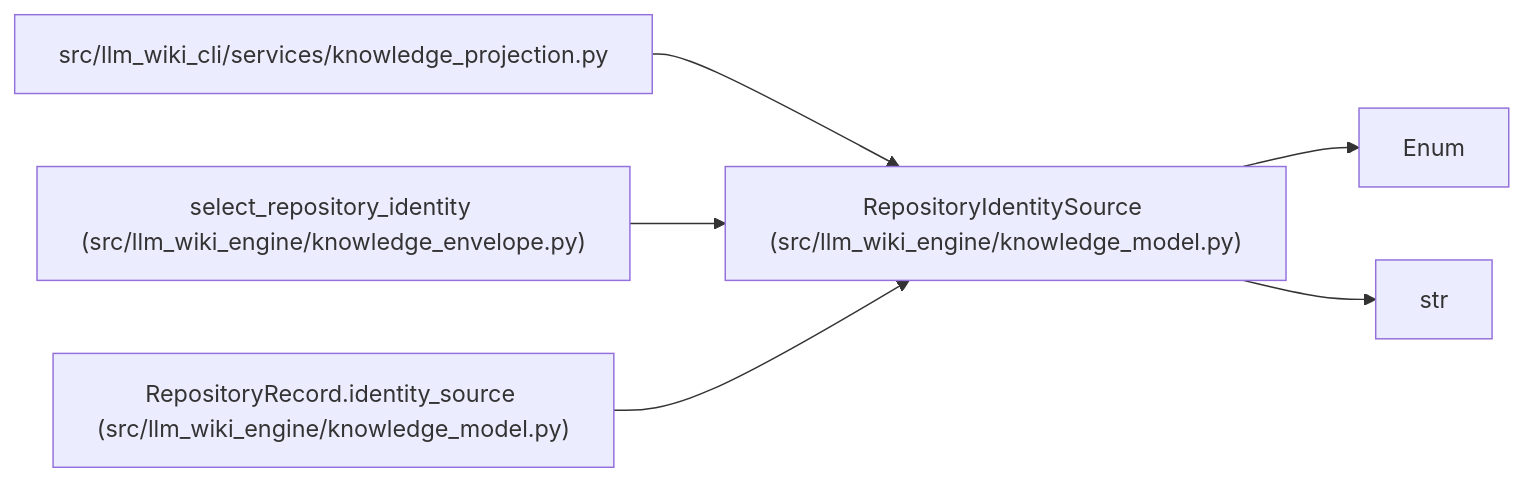
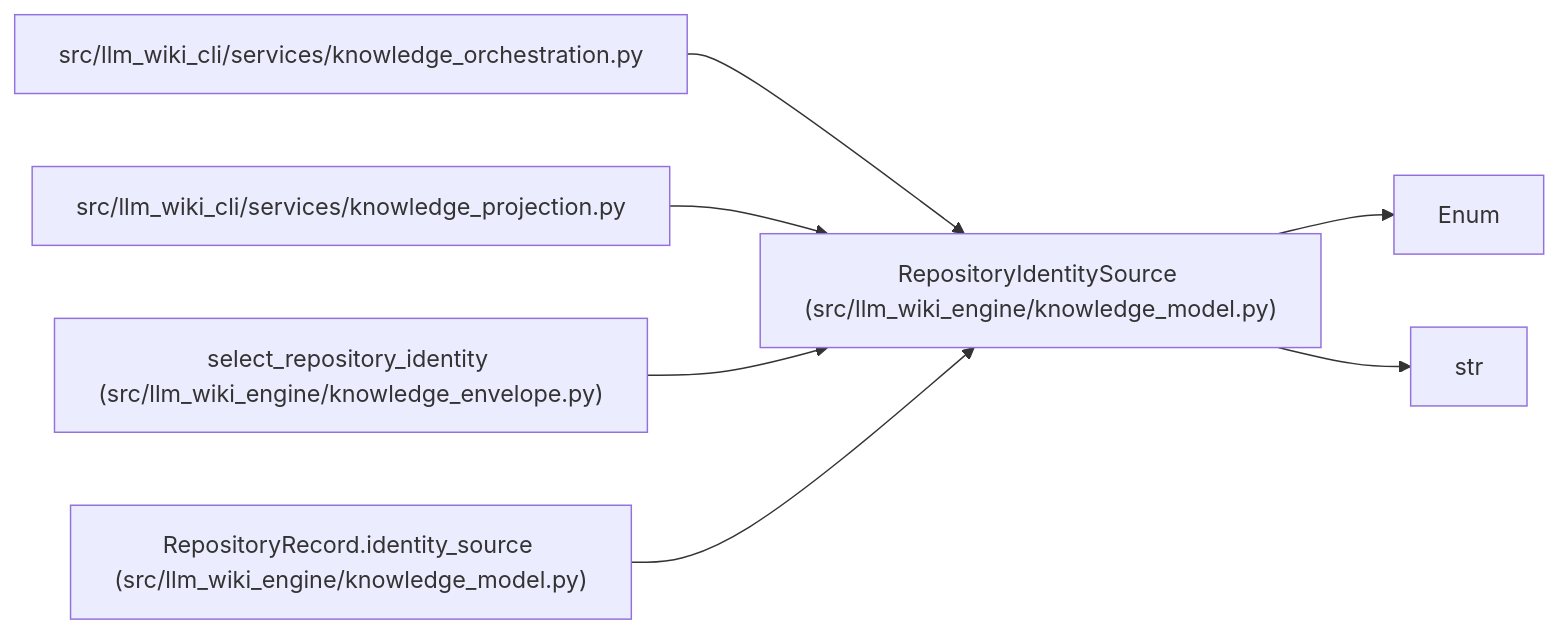
Before and after one commit to Denissvgn/python-wiki-llm: the diagram in docs/llm_wiki/entities/RepositoryIdentitySource.md, drawn with Mermaid. The commit also changed other lines of this file and 500 other files, not shown here.

Commit message:
docs: refresh the repository wiki for the checkout independent state fix

````diff
--- a/docs/llm_wiki/entities/RepositoryIdentitySource.md
+++ b/docs/llm_wiki/entities/RepositoryIdentitySource.md
@@ -27,18 +27,21 @@
 ```mermaid
 flowchart LR
     n0["RepositoryIdentitySource (src/llm_wiki_engine/knowledge_model.py)"]
     n1["Enum"]
     n2["str"]
-    n3["src/llm_wiki_cli/services/knowledge_projection.py"]
-    n4["select_repository_identity (src/llm_wiki_engine/knowledge_envelope.py)"]
-    n5["RepositoryRecord.identity_source (src/llm_wiki_engine/knowledge_model.py)"]
+    n3["src/llm_wiki_cli/services/knowledge_orchestration.py"]
+    n4["src/llm_wiki_cli/services/knowledge_projection.py"]
+    n5["select_repository_identity (src/llm_wiki_engine/knowledge_envelope.py)"]
+    n6["RepositoryRecord.identity_source (src/llm_wiki_engine/knowledge_model.py)"]
     n0 --> n1
     n0 --> n2
     n3 --> n0
     n4 --> n0
     n5 --> n0
+    n6 --> n0
     click n0 "../modules/knowledge_model.md"
-    click n3 "../modules/knowledge_projection.md"
-    click n4 "../modules/knowledge_envelope.md"
-    click n5 "../modules/knowledge_model.md"
+    click n3 "../modules/knowledge_orchestration.md"
+    click n4 "../modules/knowledge_projection.md"
+    click n5 "../modules/knowledge_envelope.md"
+    click n6 "../modules/knowledge_model.md"
 ```
````
